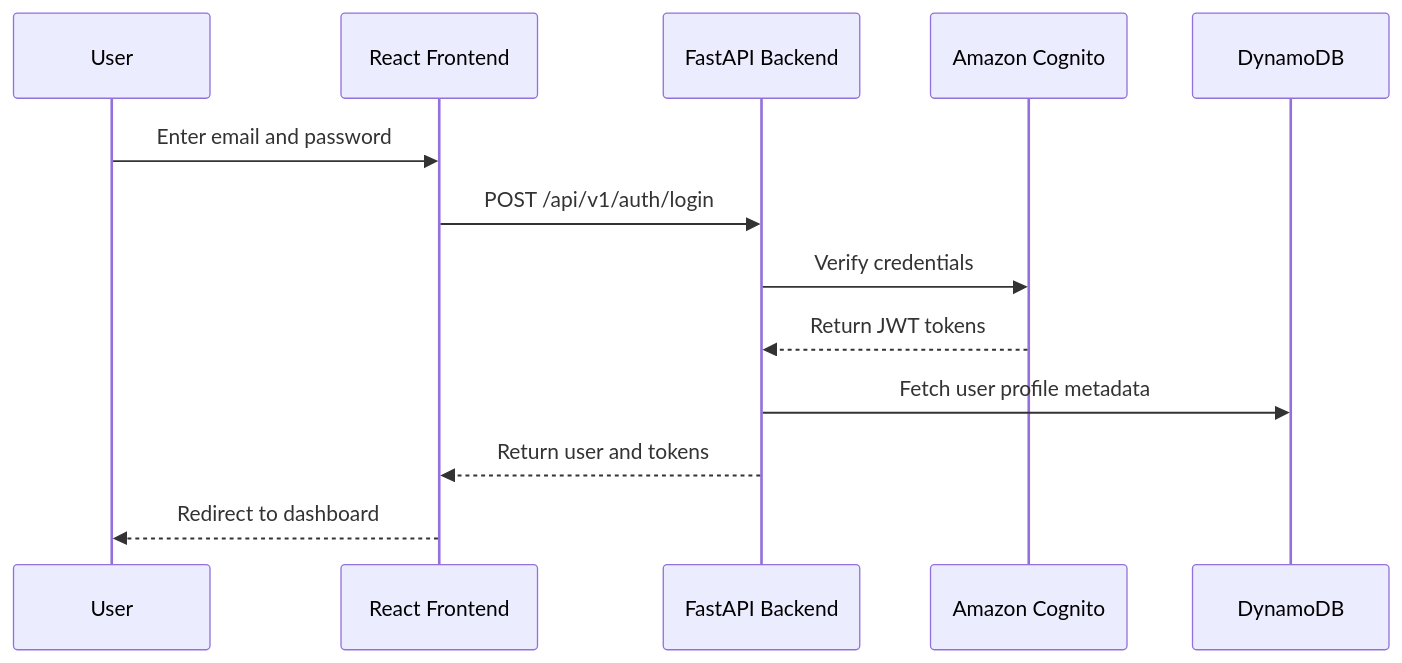
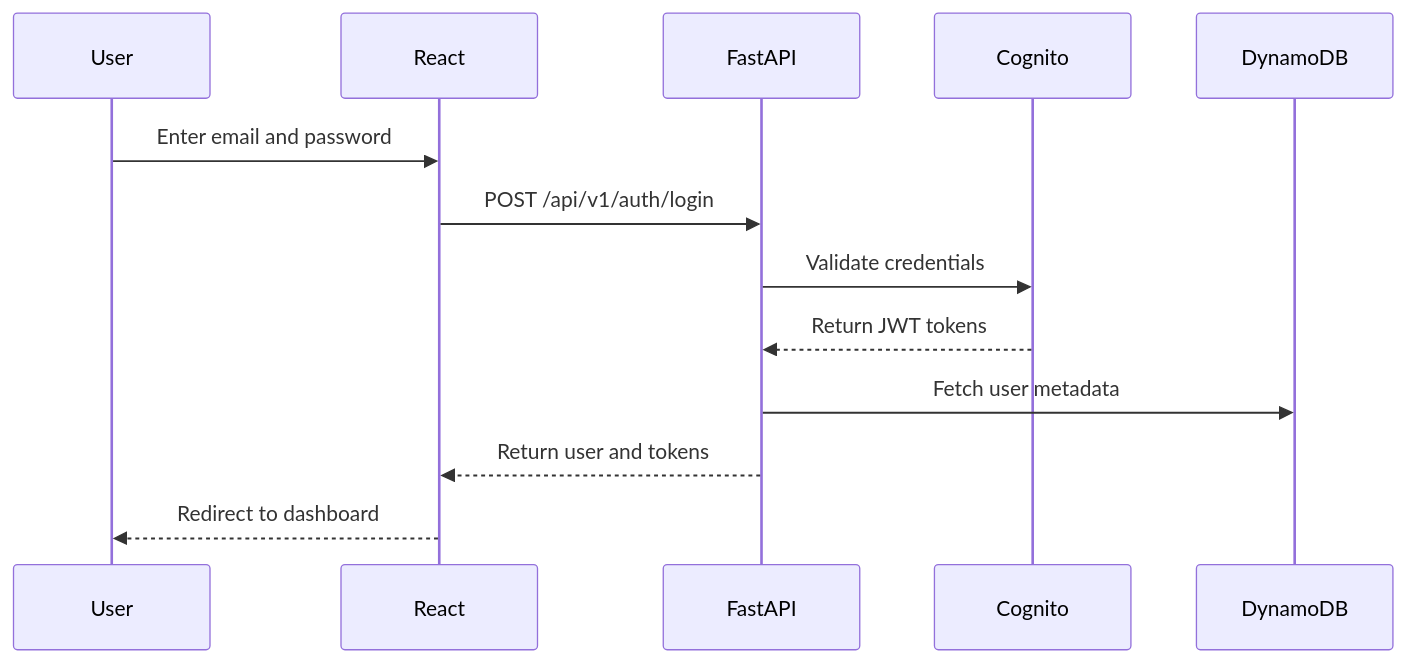
Before and after one commit to chintukotti/secureshare: the second of 4 diagrams in README.md, drawn with Mermaid. The commit also changed other lines of this file and 128 other files, not shown here.

Commit message:
Add frontend and backend source code

````diff
--- a/README.md
+++ b/README.md
@@ -160,16 +210,16 @@
 ```mermaid
 sequenceDiagram
-    participant U as User
-    participant R as React Frontend
-    participant B as FastAPI Backend
-    participant C as Amazon Cognito
-    participant D as DynamoDB
+    participant User
+    participant React
+    participant FastAPI
+    participant Cognito
+    participant DynamoDB
 
-    U->>R: Enter email and password
-    R->>B: POST /api/v1/auth/login
-    B->>C: Verify credentials
-    C-->>B: Return JWT tokens
-    B->>D: Fetch user profile metadata
-    B-->>R: Return user and tokens
-    R-->>U: Redirect to dashboard
+    User->>React: Enter email and password
+    React->>FastAPI: POST /api/v1/auth/login
+    FastAPI->>Cognito: Validate credentials
+    Cognito-->>FastAPI: Return JWT tokens
+    FastAPI->>DynamoDB: Fetch user metadata
+    FastAPI-->>React: Return user and tokens
+    React-->>User: Redirect to dashboard
 ```
````
